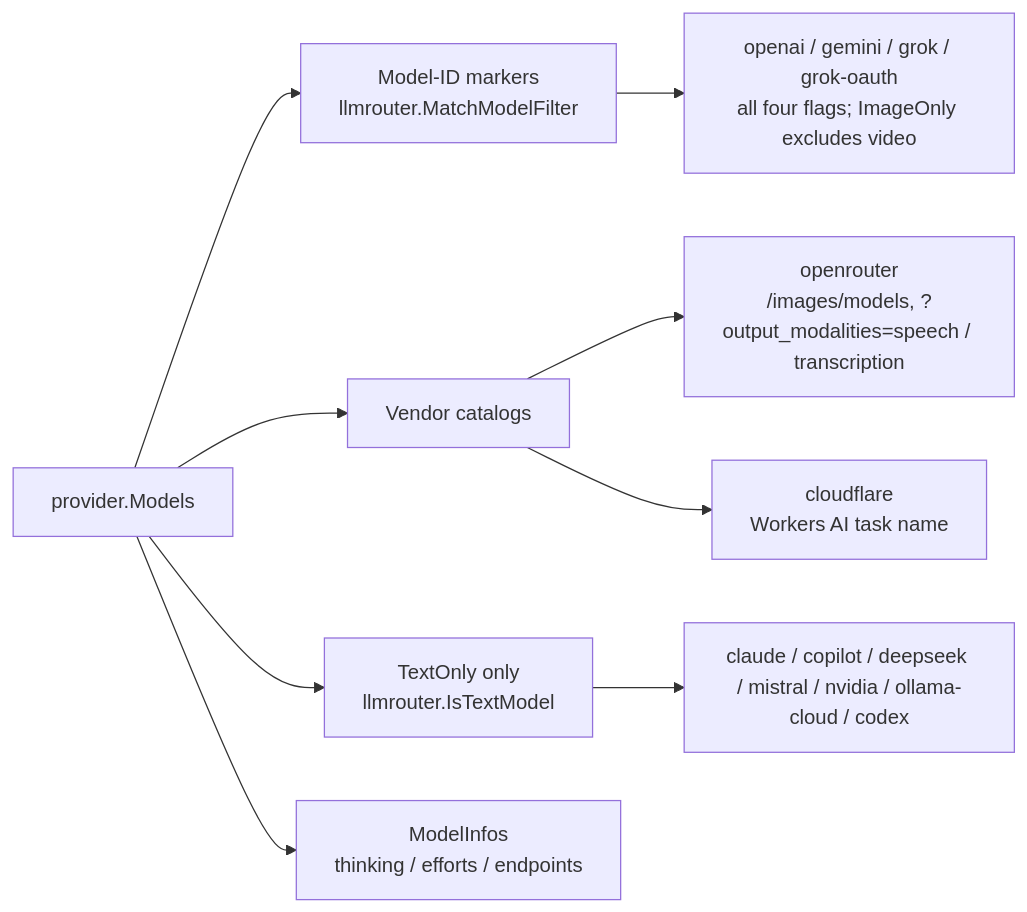
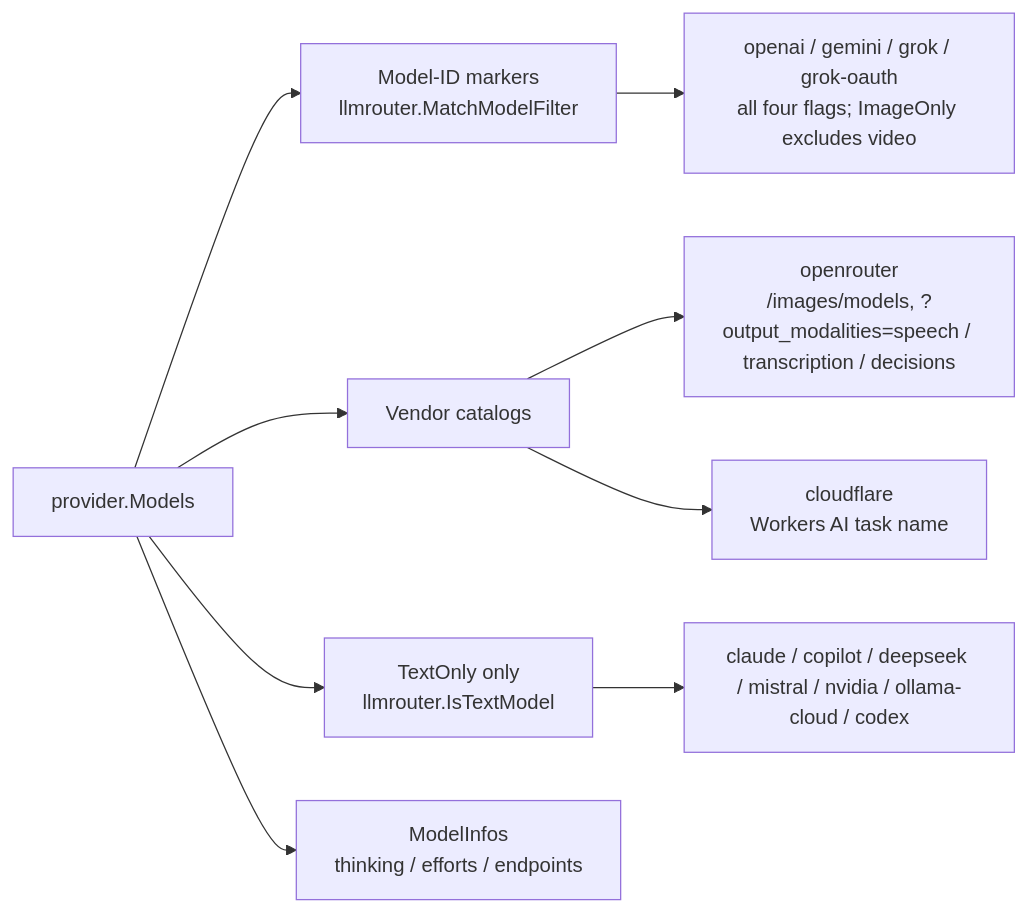
The ninth of 12 diagrams in doc/architecture.md (pardnchiu/go-llm-router), drawn with Mermaid before and after one commit. The commit also changed other lines of this file and 32 other files, not shown here.

````diff
--- a/doc/architecture.md
+++ b/doc/architecture.md
@@ -196,11 +225,11 @@
 ```mermaid
 graph LR
     Models[provider.Models] --> Markers[Model-ID markers<br/>llmrouter.MatchModelFilter]
     Models --> Catalog[Vendor catalogs]
     Models --> TextOnlyOnly[TextOnly only<br/>llmrouter.IsTextModel]
     Markers --> MarkerProviders[openai / gemini / grok / grok-oauth<br/>all four flags; ImageOnly excludes video]
-    Catalog --> OpenRouterCat[openrouter<br/>/images/models, ?output_modalities=speech / transcription]
+    Catalog --> OpenRouterCat[openrouter<br/>/images/models, ?output_modalities=speech / transcription / decisions]
     Catalog --> CloudflareCat[cloudflare<br/>Workers AI task name]
     TextOnlyOnly --> TextProviders[claude / copilot / deepseek / mistral / nvidia / ollama-cloud / codex]
     Models --> Infos[ModelInfos<br/>thinking / efforts / endpoints]
 ```
````
